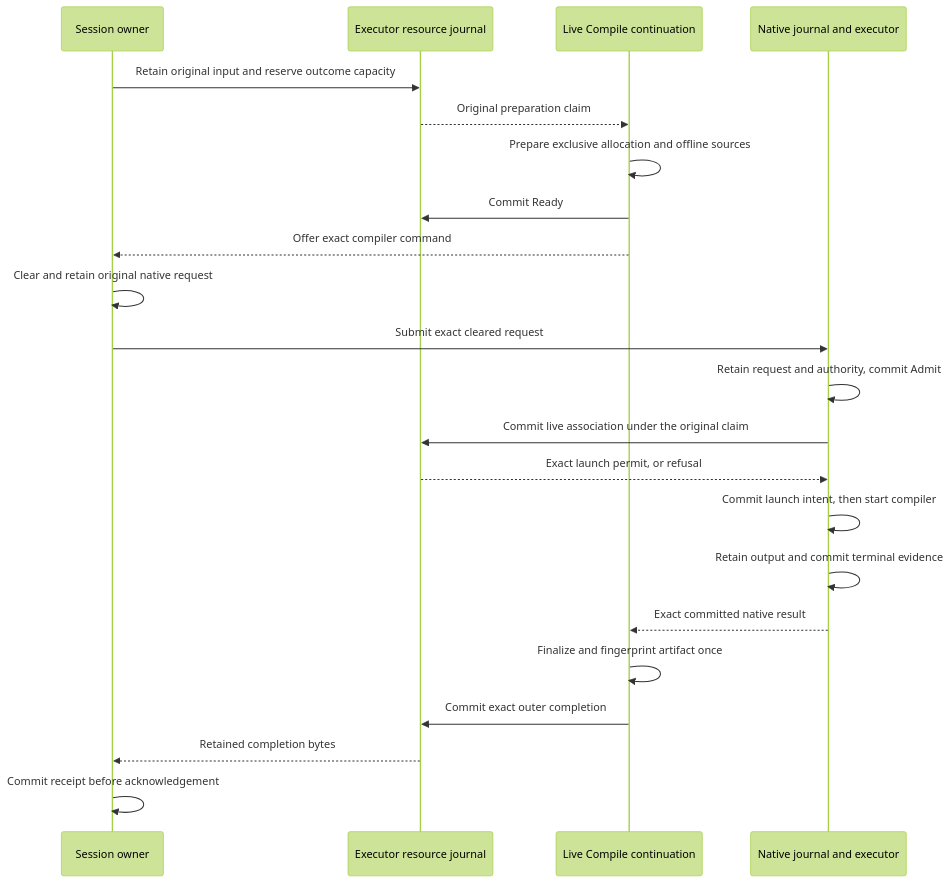
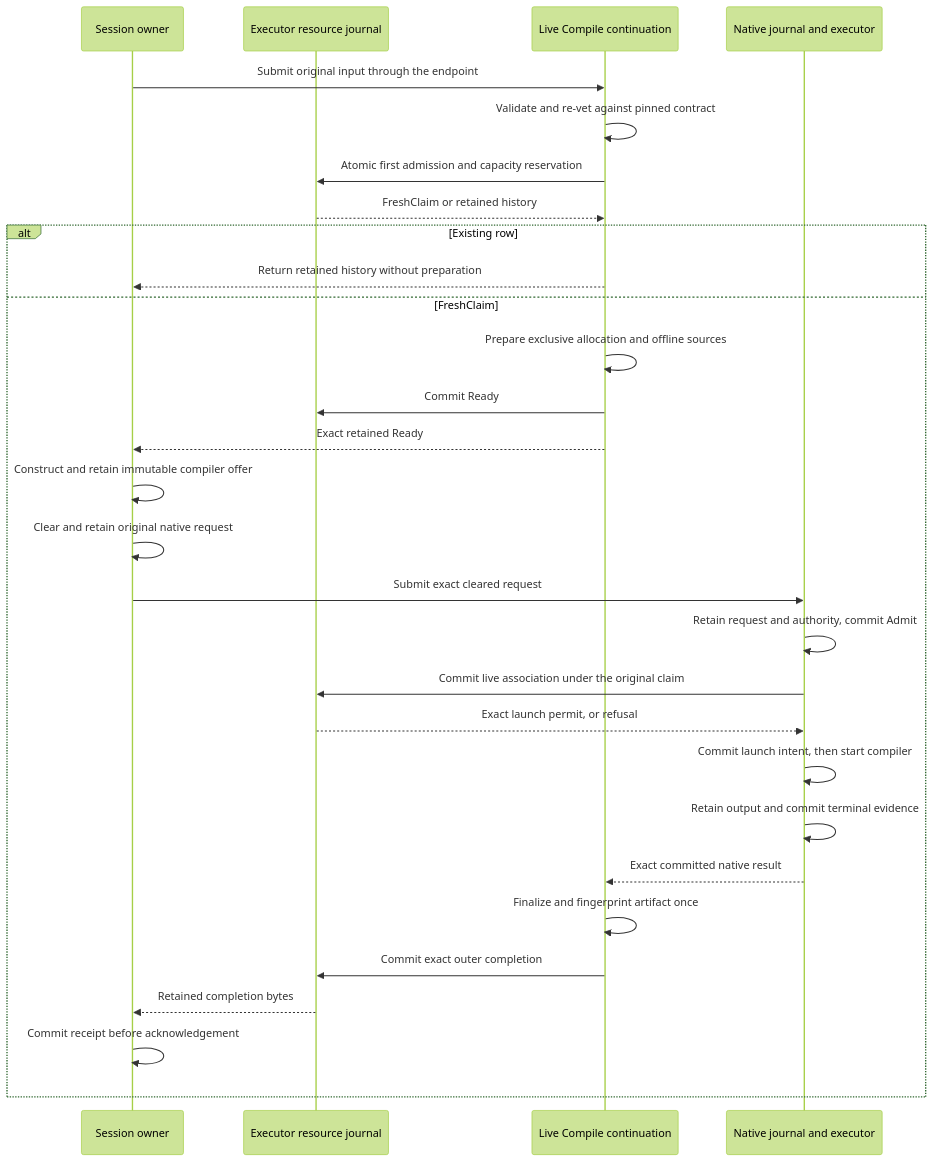
Before and after one commit to Roasbeef/loom: the diagram in docs/architecture/remote-compilation.md, drawn with Mermaid (forest theme). The commit also changed other lines of this file and 11 other files, not shown here.

````diff
--- a/docs/architecture/remote-compilation.md
+++ b/docs/architecture/remote-compilation.md
@@ -80,24 +82,31 @@
 ```mermaid
 sequenceDiagram
     participant Owner as Session owner
     participant Resource as Executor resource journal
     participant Compile as Live Compile continuation
     participant Native as Native journal and executor
-    Owner->>Resource: Retain original input and reserve outcome capacity
-    Resource-->>Compile: Original preparation claim
+    Owner->>Compile: Submit original input through the endpoint
+    Compile->>Compile: Validate and re-vet against pinned contract
+    Compile->>Resource: Atomic first admission and capacity reservation
+    Resource-->>Compile: FreshClaim or retained history
+    alt Existing row
+        Compile-->>Owner: Return retained history without preparation
+    else FreshClaim
     Compile->>Compile: Prepare exclusive allocation and offline sources
     Compile->>Resource: Commit Ready
-    Compile-->>Owner: Offer exact compiler command
+    Compile-->>Owner: Exact retained Ready
+    Owner->>Owner: Construct and retain immutable compiler offer
     Owner->>Owner: Clear and retain original native request
     Owner->>Native: Submit exact cleared request
     Native->>Native: Retain request and authority, commit Admit
     Native->>Resource: Commit live association under the original claim
     Resource-->>Native: Exact launch permit, or refusal
     Native->>Native: Commit launch intent, then start compiler
     Native->>Native: Retain output and commit terminal evidence
     Native-->>Compile: Exact committed native result
     Compile->>Compile: Finalize and fingerprint artifact once
     Compile->>Resource: Commit exact outer completion
     Resource-->>Owner: Retained completion bytes
     Owner->>Owner: Commit receipt before acknowledgement
+    end
 ```
````
